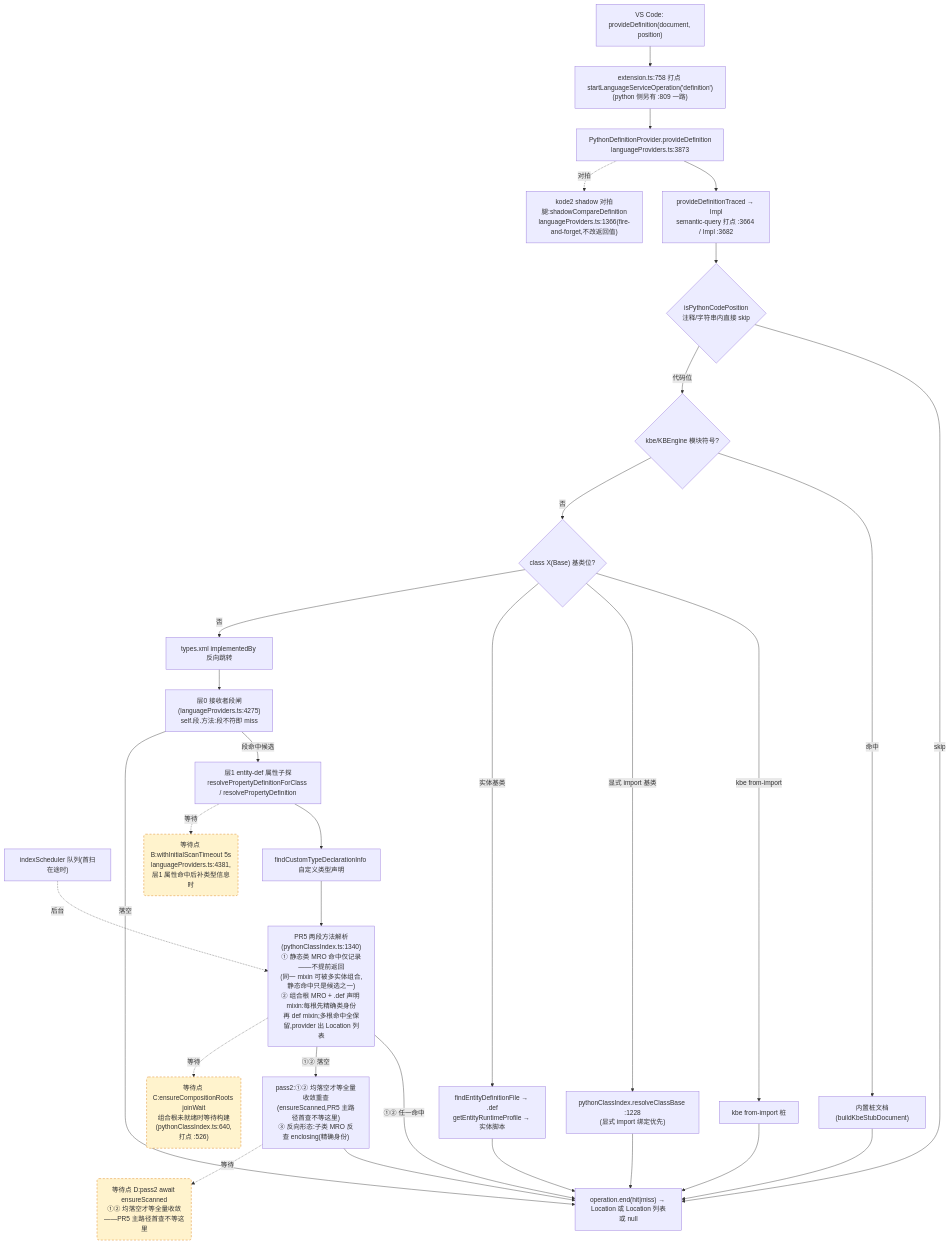
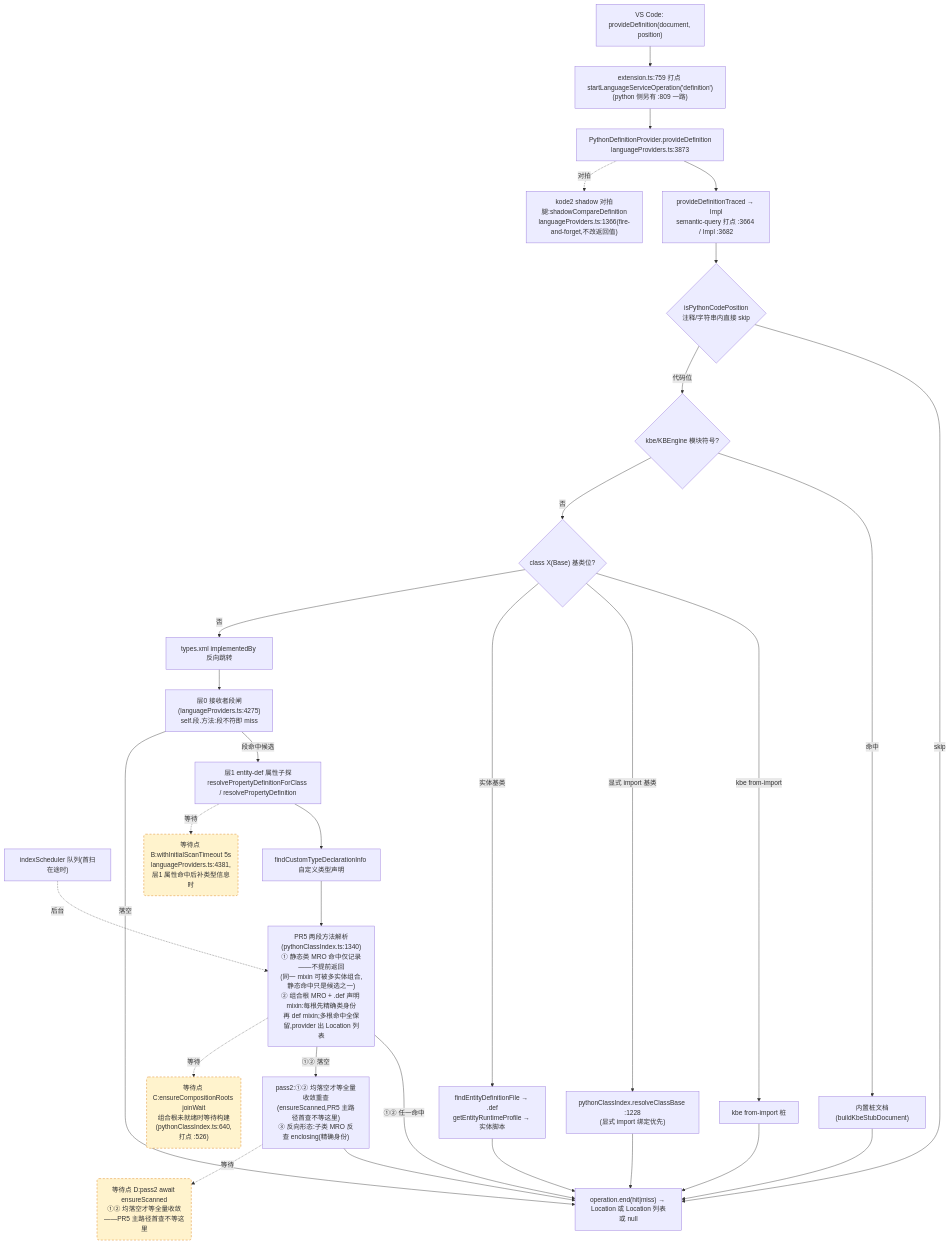
The second of 4 diagrams in docs/perf/2026-baseline.md (cuihairu/kode), drawn with Mermaid before and after one commit. The commit also changed other lines of this file and 8 other files, not shown here.

````diff
--- a/docs/perf/2026-baseline.md
+++ b/docs/perf/2026-baseline.md
@@ -130,51 +130,51 @@
 ```mermaid
 flowchart TD
   VC2["VS Code: provideDefinition(document, position)"]
-  M2["extension.ts:758 打点 startLanguageServiceOperation('definition')<br/>(python 侧另有 :809 一路)"]
+  M2["extension.ts:759 打点 startLanguageServiceOperation('definition')<br/>(python 侧另有 :809 一路)"]
   AD2["PythonDefinitionProvider.provideDefinition<br/>languageProviders.ts:3873"]
   TR["provideDefinitionTraced → Impl<br/>semantic-query 打点 :3664 / Impl :3682"]
   CTX{"isPythonCodePosition<br/>注释/字符串内直接 skip"}
   KBE{"kbe/KBEngine 模块符号?"}
   STUB["内置桩文档(buildKbeStubDocument)"]
   CB{"class X(Base) 基类位?"}
   CB1["kbe from-import 桩"]
   CB2["pythonClassIndex.resolveClassBase :1228<br/>(显式 import 绑定优先)"]
   CB3["findEntityDefinitionFile → .def<br/>getEntityRuntimeProfile → 实体脚本"]
   REV["types.xml implementedBy 反向跳转"]
   L0["层0 接收者段闸(languageProviders.ts:4275)<br/>self.段.方法:段不符即 miss"]
   L1["层1 entity-def 属性子探<br/>resolvePropertyDefinitionForClass / resolvePropertyDefinition"]
   SCAN["indexScheduler 队列(首扫在途时)"]
   TY["findCustomTypeDeclarationInfo 自定义类型声明"]
   MRO["PR5 两段方法解析(pythonClassIndex.ts:1340)<br/>① 静态类 MRO 命中仅记录——不提前返回<br/>(同一 mixin 可被多实体组合,静态命中只是候选之一)<br/>② 组合根 MRO + .def 声明 mixin:每根先精确类身份<br/>再 def mixin;多根命中全保留,provider 出 Location 列表"]
   PASS2["pass2:①② 均落空才等全量收敛重查<br/>(ensureScanned,PR5 主路径首查不等这里)<br/>③ 反向形态:子类 MRO 反查 enclosing(精确身份)"]
   SHD["kode2 shadow 对拍腿:shadowCompareDefinition<br/>languageProviders.ts:1366(fire-and-forget,不改返回值)"]
   END2["operation.end(hit|miss) → Location 或 Location 列表或 null"]
 
   VC2 --> M2 --> AD2 --> TR --> CTX
   CTX -- "skip" --> END2
   CTX -- "代码位" --> KBE
   KBE -- "命中" --> STUB --> END2
   KBE -- "否" --> CB
   CB -- "kbe from-import" --> CB1 --> END2
   CB -- "显式 import 基类" --> CB2 --> END2
   CB -- "实体基类" --> CB3 --> END2
   CB -- "否" --> REV --> L0
   L0 -- "段命中候选" --> L1
   L0 -- "落空" --> END2
   L1 --> TY
   TY --> MRO
   MRO -- "①② 任一命中" --> END2
   MRO -- "①② 落空" --> PASS2 --> END2
   AD2 -.->|对拍| SHD
 
   WAITB("等待点 B:withInitialScanTimeout 5s<br/>languageProviders.ts:4381,层1 属性命中后补类型信息时")
   WAITC("等待点 C:ensureCompositionRoots joinWait<br/>组合根未就绪时等待构建(pythonClassIndex.ts:640,打点 :526)")
   WAITD("等待点 D:pass2 await ensureScanned<br/>①② 均落空才等全量收敛——PR5 主路径首查不等这里")
   L1 -.->|等待| WAITB
   MRO -.->|等待| WAITC
   PASS2 -.->|等待| WAITD
   SCAN -.->|后台| MRO
 
   classDef waitPoint fill:#fff3cd,stroke:#d97706,stroke-dasharray:5 4;
   class WAITB,WAITC,WAITD waitPoint;
 ```
````
